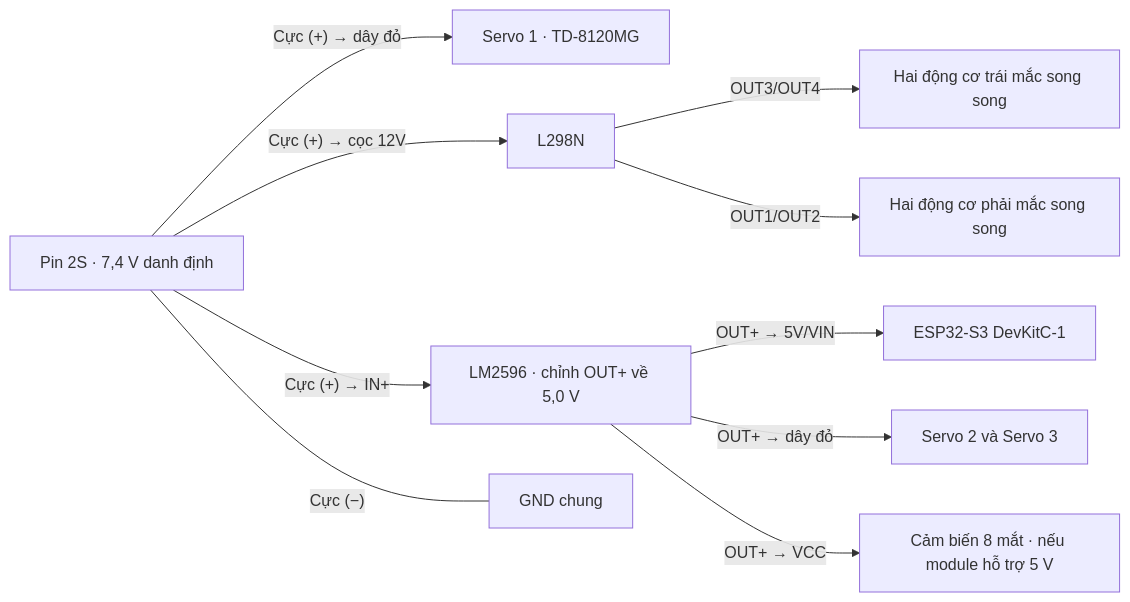
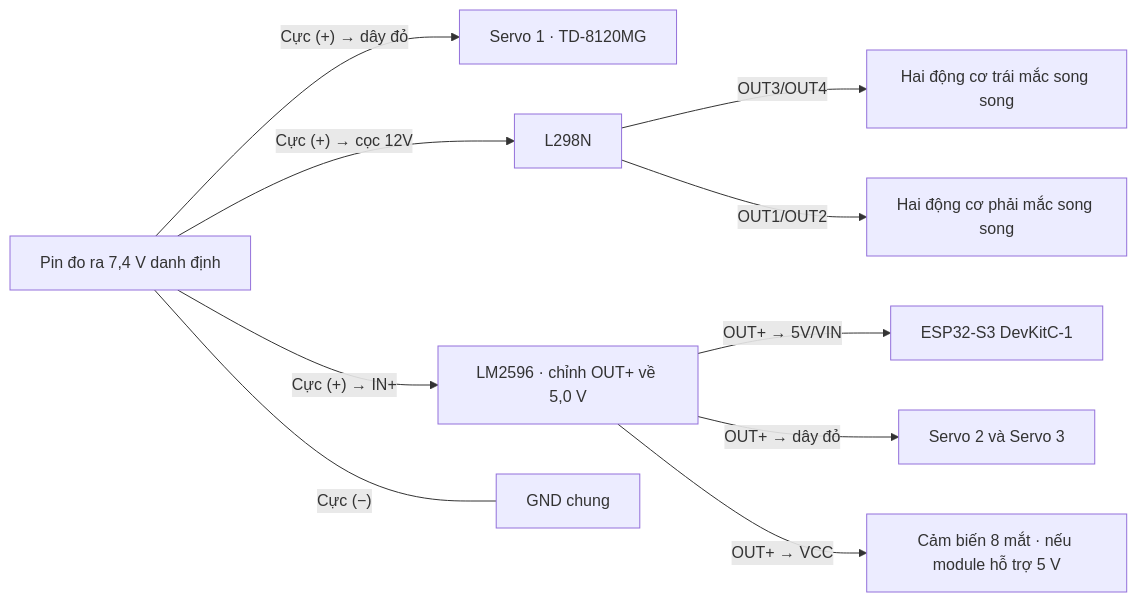
Before and after one commit to Kannoki/my-ball-itch: the diagram in README.md, drawn with Mermaid. The commit also changed other lines of this file and 6 other files, not shown here.

````diff
--- a/README.md
+++ b/README.md
@@ -46,13 +46,13 @@
 ```mermaid
 flowchart LR
-    pin["Pin 2S · 7,4 V danh định"]
+    pin["Pin đo ra 7,4 V danh định"]
     pin -->|"Cực (+) → dây đỏ"| servo1["Servo 1 · TD-8120MG"]
     pin -->|"Cực (+) → cọc 12V"| l298["L298N"]
     pin -->|"Cực (+) → IN+"| buck["LM2596 · chỉnh OUT+ về 5,0 V"]
     pin ---|"Cực (−)"| gnd["GND chung"]
     l298 -->|"OUT3/OUT4"| leftMotors["Hai động cơ trái mắc song song"]
     l298 -->|"OUT1/OUT2"| rightMotors["Hai động cơ phải mắc song song"]
     buck -->|"OUT+ → 5V/VIN"| esp["ESP32-S3 DevKitC-1"]
     buck -->|"OUT+ → dây đỏ"| servos["Servo 2 và Servo 3"]
     buck -->|"OUT+ → VCC"| sensor["Cảm biến 8 mắt · nếu module hỗ trợ 5 V"]
 ```
````
